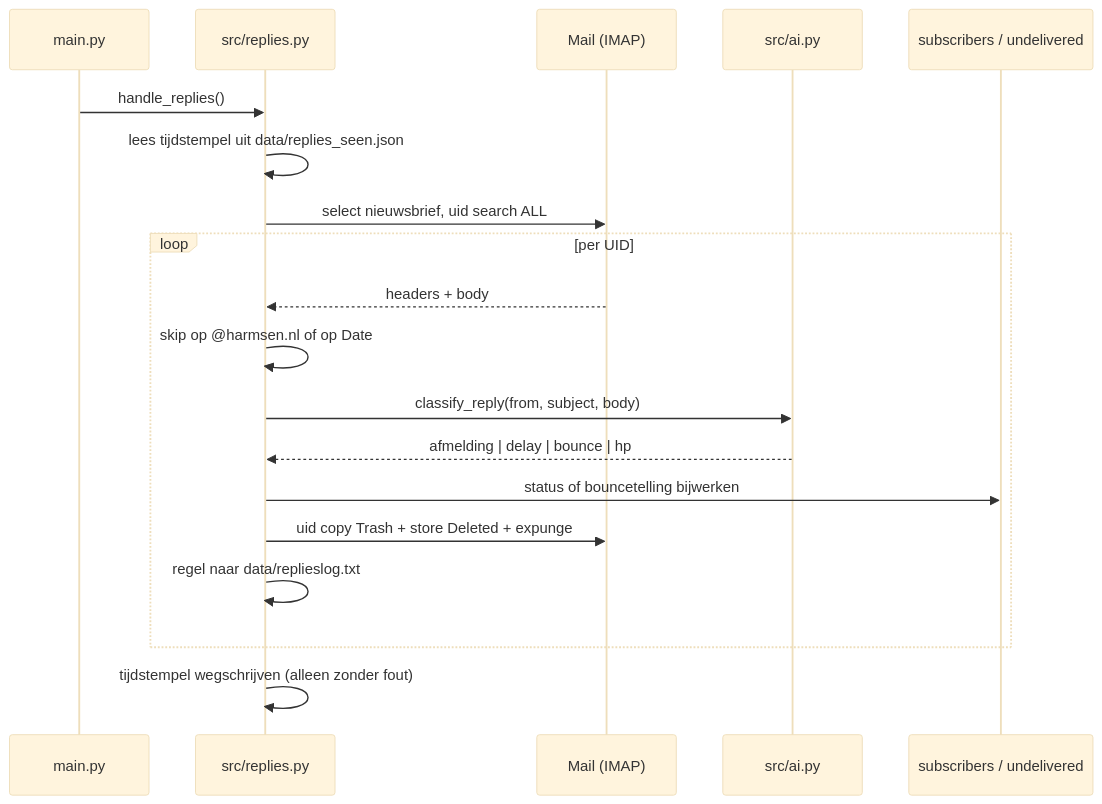
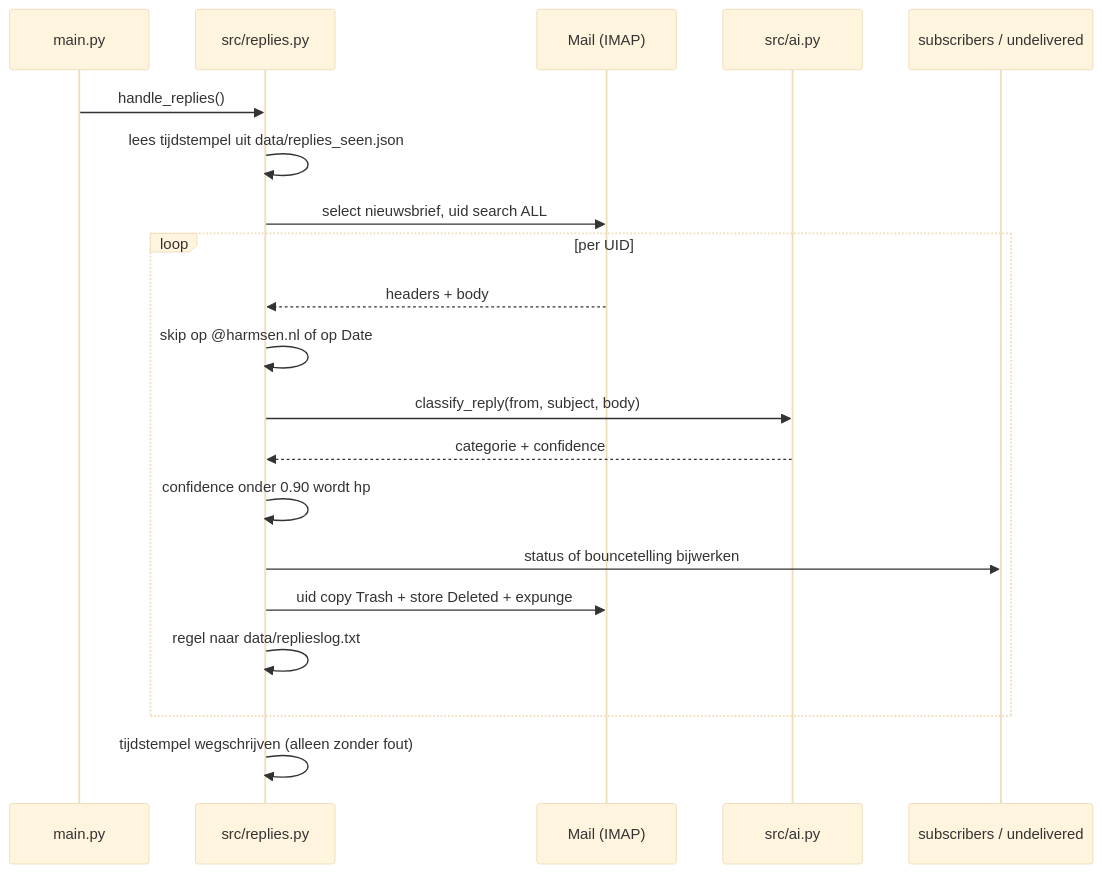
Before and after one commit to hpharmsen/ainews: the second of 2 diagrams in docs/plans/2026-09-26-001-feature-nieuwsbrief-replies-afhandelen-plan.md, drawn with Mermaid (base theme). The commit also changed other lines of this file, not shown here.

````diff
--- a/docs/plans/2026-09-26-001-feature-nieuwsbrief-replies-afhandelen-plan.md
+++ b/docs/plans/2026-09-26-001-feature-nieuwsbrief-replies-afhandelen-plan.md
@@ -146,21 +147,22 @@
 ```mermaid
 sequenceDiagram
     participant M as main.py
     participant R as src/replies.py
     participant G as Mail (IMAP)
     participant A as src/ai.py
     participant S as subscribers / undelivered
     M->>R: handle_replies()
     R->>R: lees tijdstempel uit data/replies_seen.json
     R->>G: select nieuwsbrief, uid search ALL
     loop per UID
         G-->>R: headers + body
         R->>R: skip op @harmsen.nl of op Date
         R->>A: classify_reply(from, subject, body)
-        A-->>R: afmelding | delay | bounce | hp
+        A-->>R: categorie + confidence
+        R->>R: confidence onder 0.90 wordt hp
         R->>S: status of bouncetelling bijwerken
         R->>G: uid copy Trash + store Deleted + expunge
         R->>R: regel naar data/replieslog.txt
     end
     R->>R: tijdstempel wegschrijven (alleen zonder fout)
 ```
````
